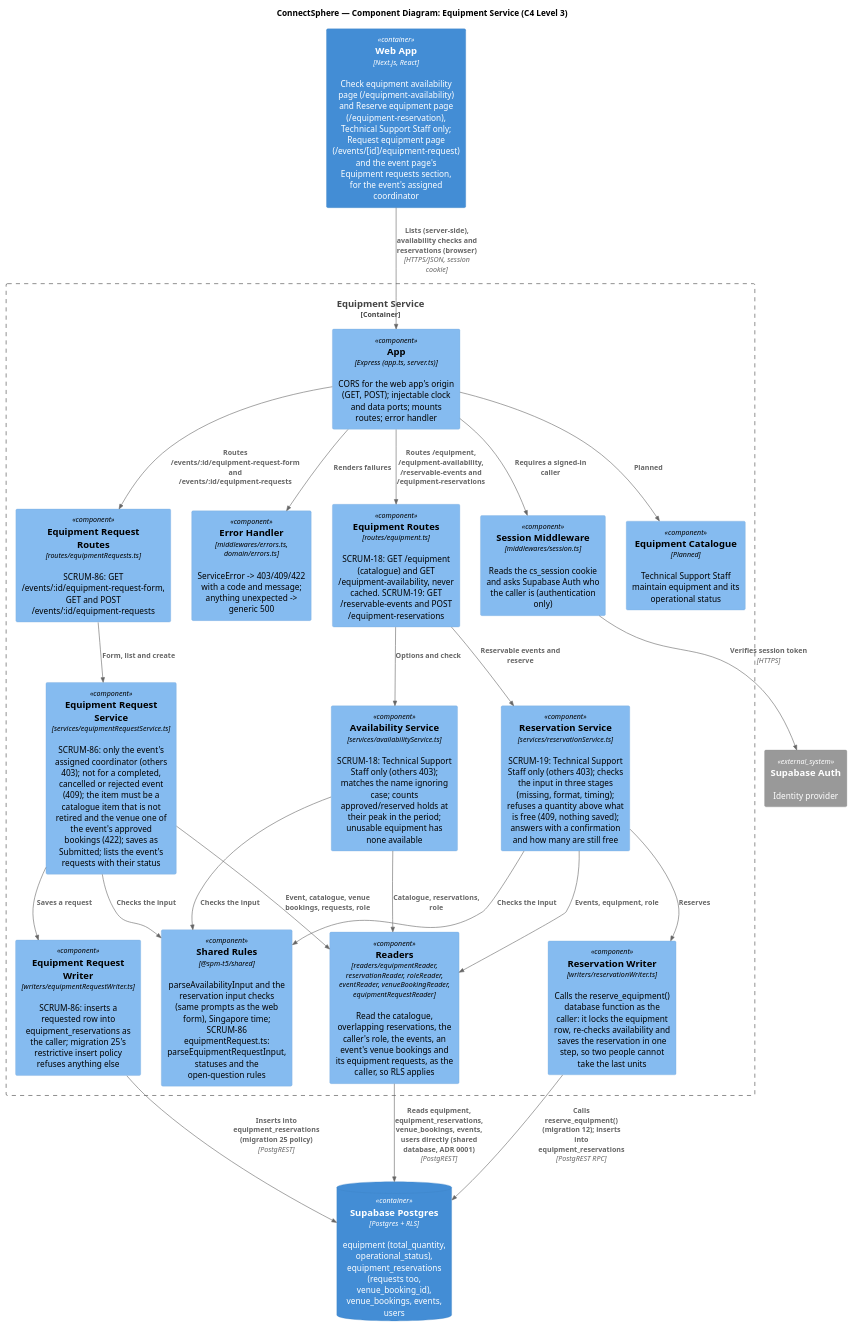
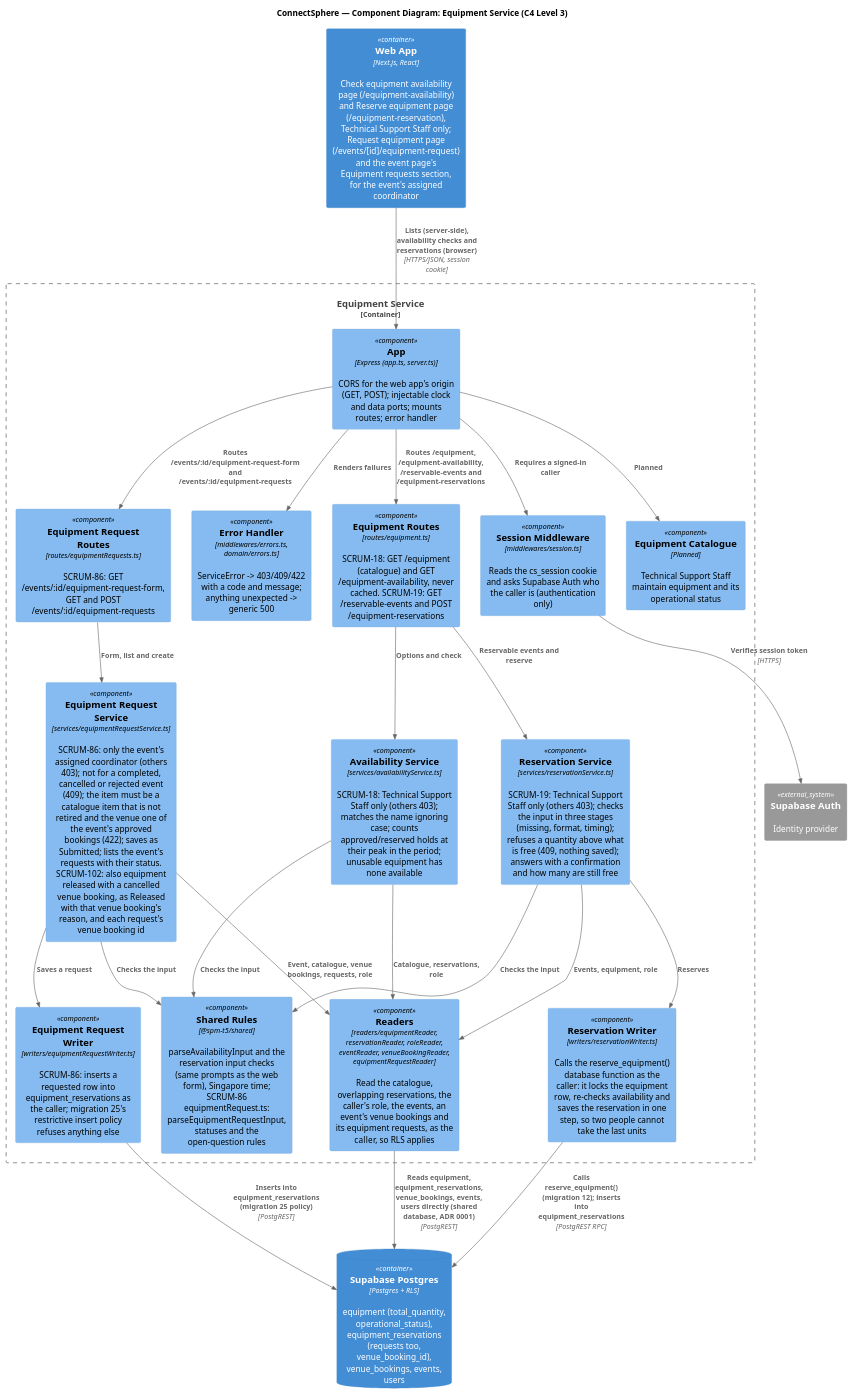
The diagram in docs/architecture/c4/component-equipment-service.puml (danjaii/SPM-T5), drawn with PlantUML before and after one commit. The commit also changed 3 other files, not shown here.

Commit message:
docs - Document SCRUM-102 in the spec, CLAUDE.md and the venue and equipment diagrams

```diff
--- a/docs/architecture/c4/component-equipment-service.puml
+++ b/docs/architecture/c4/component-equipment-service.puml
@@ -1,53 +1,53 @@
 @startuml component-equipment-service
 !include https://raw.githubusercontent.com/plantuml-stdlib/C4-PlantUML/master/C4_Component.puml
 
 title ConnectSphere — Component Diagram: Equipment Service (C4 Level 3)
 ' Built so far: the equipment availability check (docs/specs/equipment-availability.md, SCRUM-18) and reserving
 ' equipment for an event (docs/specs/equipment-reservation.md, SCRUM-19), and coordinators requesting equipment for
 ' their event (docs/specs/equipment-requests.md, SCRUM-86).
 ' Components marked "Planned" come with the equipment catalogue story.
 
 Container(web, "Web App", "Next.js, React", "Check equipment availability page (/equipment-availability) and Reserve equipment page (/equipment-reservation), Technical Support Staff only; Request equipment page (/events/[id]/equipment-request) and the event page's Equipment requests section, for the event's assigned coordinator")
 System_Ext(supabaseAuth, "Supabase Auth", "Identity provider")
 ContainerDb(db, "Supabase Postgres", "Postgres + RLS", "equipment (total_quantity, operational_status), equipment_reservations (requests too, venue_booking_id), venue_bookings, events, users")
 
 Container_Boundary(equipmentSvc, "Equipment Service") {
   Component(app, "App", "Express (app.ts, server.ts)", "CORS for the web app's origin (GET, POST); injectable clock and data ports; mounts routes; error handler")
   Component(session, "Session Middleware", "middlewares/session.ts", "Reads the cs_session cookie and asks Supabase Auth who the caller is (authentication only)")
   Component(errors, "Error Handler", "middlewares/errors.ts, domain/errors.ts", "ServiceError -> 403/409/422 with a code and message; anything unexpected -> generic 500")
   Component(routes, "Equipment Routes", "routes/equipment.ts", "SCRUM-18: GET /equipment (catalogue) and GET /equipment-availability, never cached. SCRUM-19: GET /reservable-events and POST /equipment-reservations")
   Component(availabilitySvc, "Availability Service", "services/availabilityService.ts", "SCRUM-18: Technical Support Staff only (others 403); matches the name ignoring case; counts approved/reserved holds at their peak in the period; unusable equipment has none available")
   Component(reservationSvc, "Reservation Service", "services/reservationService.ts", "SCRUM-19: Technical Support Staff only (others 403); checks the input in three stages (missing, format, timing); refuses a quantity above what is free (409, nothing saved); answers with a confirmation and how many are still free")
   Component(requestRoutes, "Equipment Request Routes", "routes/equipmentRequests.ts", "SCRUM-86: GET /events/:id/equipment-request-form, GET and POST /events/:id/equipment-requests")
-  Component(requestSvc, "Equipment Request Service", "services/equipmentRequestService.ts", "SCRUM-86: only the event's assigned coordinator (others 403); not for a completed, cancelled or rejected event (409); the item must be a catalogue item that is not retired and the venue one of the event's approved bookings (422); saves as Submitted; lists the event's requests with their status")
+  Component(requestSvc, "Equipment Request Service", "services/equipmentRequestService.ts", "SCRUM-86: only the event's assigned coordinator (others 403); not for a completed, cancelled or rejected event (409); the item must be a catalogue item that is not retired and the venue one of the event's approved bookings (422); saves as Submitted; lists the event's requests with their status. SCRUM-102: also equipment released with a cancelled venue booking, as Released with that venue booking's reason, and each request's venue booking id")
   Component(requestWriter, "Equipment Request Writer", "writers/equipmentRequestWriter.ts", "SCRUM-86: inserts a requested row into equipment_reservations as the caller; migration 25's restrictive insert policy refuses anything else")
   Component(readers, "Readers", "readers/equipmentReader, reservationReader, roleReader, eventReader, venueBookingReader, equipmentRequestReader", "Read the catalogue, overlapping reservations, the caller's role, the events, an event's venue bookings and its equipment requests, as the caller, so RLS applies")
   Component(writer, "Reservation Writer", "writers/reservationWriter.ts", "Calls the reserve_equipment() database function as the caller: it locks the equipment row, re-checks availability and saves the reservation in one step, so two people cannot take the last units")
   Component(shared, "Shared Rules", "@spm-t5/shared", "parseAvailabilityInput and the reservation input checks (same prompts as the web form), Singapore time; SCRUM-86 equipmentRequest.ts: parseEquipmentRequestInput, statuses and the open-question rules")
 
   Component(catalogue, "Equipment Catalogue", "Planned", "Technical Support Staff maintain equipment and its operational status")
 }
 
 Rel(web, app, "Lists (server-side), availability checks and reservations (browser)", "HTTPS/JSON, session cookie")
 Rel(app, session, "Requires a signed-in caller")
 Rel(session, supabaseAuth, "Verifies session token", "HTTPS")
 Rel(app, errors, "Renders failures")
 Rel(app, routes, "Routes /equipment, /equipment-availability, /reservable-events and /equipment-reservations")
 Rel(app, requestRoutes, "Routes /events/:id/equipment-request-form and /events/:id/equipment-requests")
 Rel(requestRoutes, requestSvc, "Form, list and create")
 Rel(requestSvc, shared, "Checks the input")
 Rel(requestSvc, readers, "Event, catalogue, venue bookings, requests, role")
 Rel(requestSvc, requestWriter, "Saves a request")
 Rel(requestWriter, db, "Inserts into equipment_reservations (migration 25 policy)", "PostgREST")
 Rel(routes, availabilitySvc, "Options and check")
 Rel(routes, reservationSvc, "Reservable events and reserve")
 Rel(availabilitySvc, shared, "Checks the input")
 Rel(availabilitySvc, readers, "Catalogue, reservations, role")
 Rel(reservationSvc, shared, "Checks the input")
 Rel(reservationSvc, readers, "Events, equipment, role")
 Rel(reservationSvc, writer, "Reserves")
 Rel(writer, db, "Calls reserve_equipment() (migration 12); inserts into equipment_reservations", "PostgREST RPC")
 Rel(readers, db, "Reads equipment, equipment_reservations, venue_bookings, events, users directly (shared database, ADR 0001)", "PostgREST")
 
 Rel(app, catalogue, "Planned")
 @enduml
```
